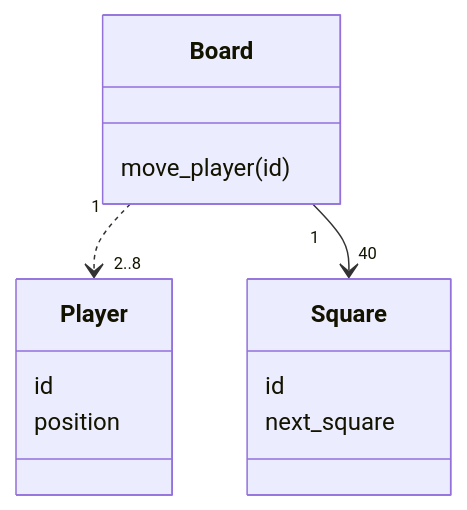
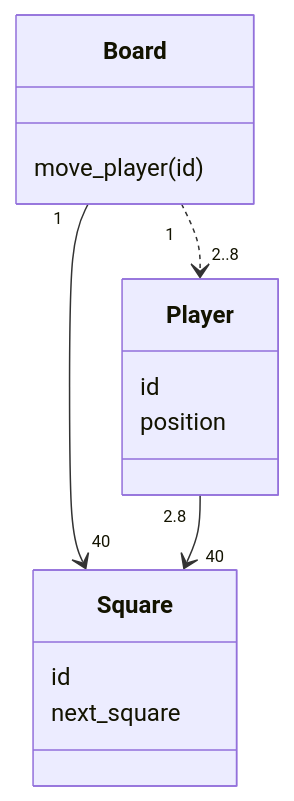
The diagram in laskarit/viikko3/monopoli.md (Gaberol/ot-harjoitustyo), drawn with Mermaid before and after one commit.

````diff
--- a/laskarit/viikko3/monopoli.md
+++ b/laskarit/viikko3/monopoli.md
@@ -1,16 +1,17 @@
 ```mermaid
  classDiagram
  Board "1" ..> "2..8" Player
  Board "1" --> "40" Square
+ Player "2.8" --> "40" Square
  class Board{
      move_player(id)
  }
  class Player{
      id
      position
  }
  class Square{
      id
      next_square
  }
 ```
````
